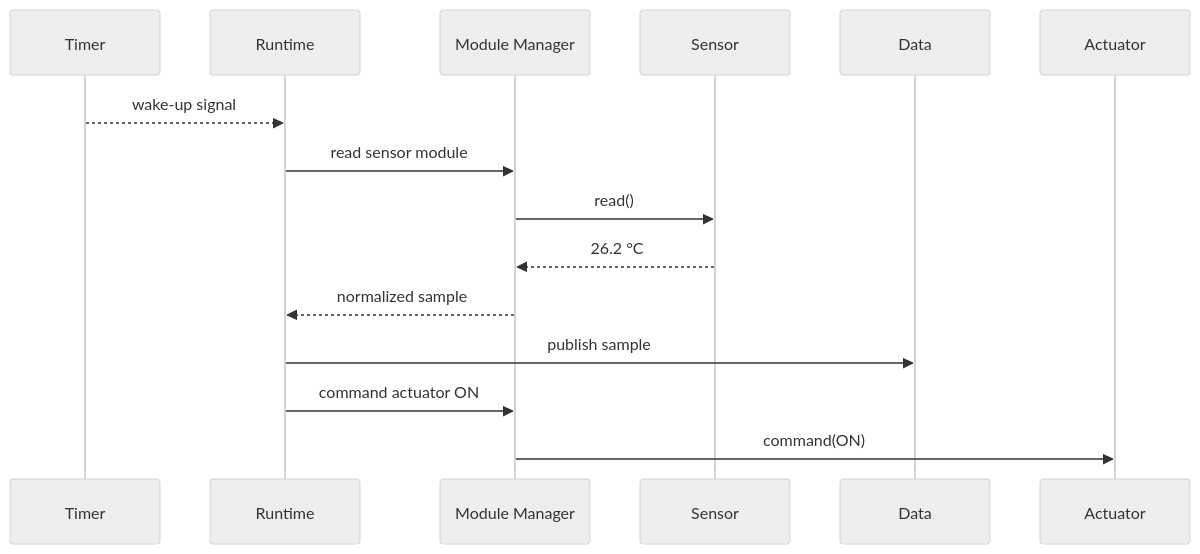
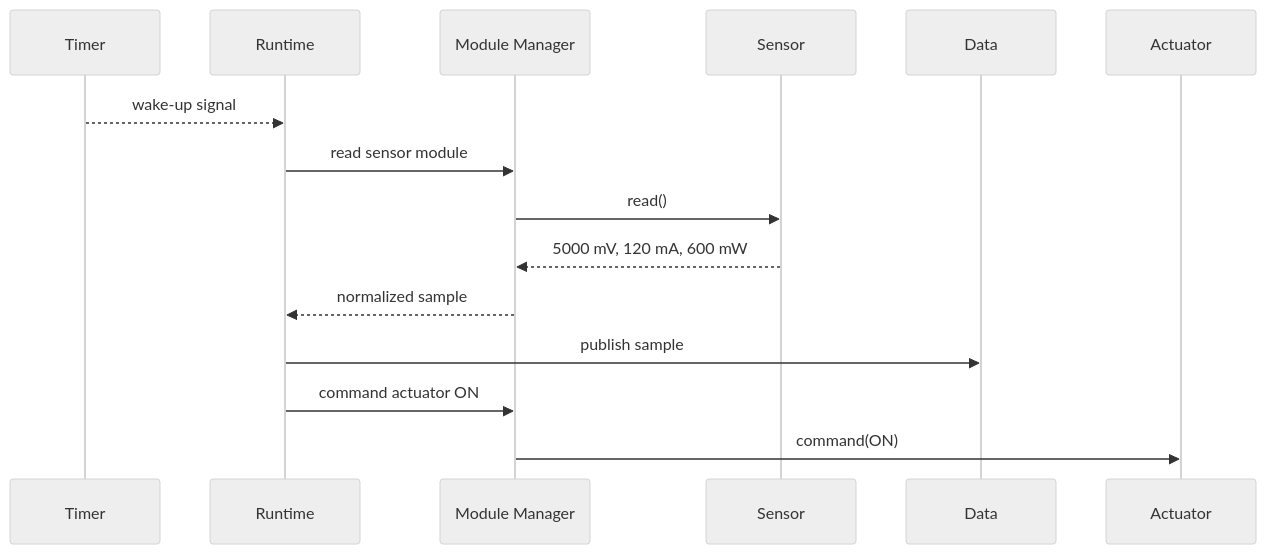
Diagram 12 of 18 in Firmware/core/ARCHITECTURE.md (andreapiccini/SpaghettiLAB), drawn with Mermaid (neutral theme) before and after one commit. The commit also changed other lines of this file and 62 other files, not shown here.

````diff
--- a/Firmware/core/ARCHITECTURE.md
+++ b/Firmware/core/ARCHITECTURE.md
@@ -525,18 +549,18 @@
 ```mermaid
 sequenceDiagram
     participant Timer
     participant Runtime
     participant Manager as Module Manager
     participant Sensor
     participant Data
     participant Actuator
 
     Timer-->>Runtime: wake-up signal
     Runtime->>Manager: read sensor module
     Manager->>Sensor: read()
-    Sensor-->>Manager: 26.2 °C
+    Sensor-->>Manager: 5000 mV, 120 mA, 600 mW
     Manager-->>Runtime: normalized sample
     Runtime->>Data: publish sample
     Runtime->>Manager: command actuator ON
     Manager->>Actuator: command(ON)
 ```
````
